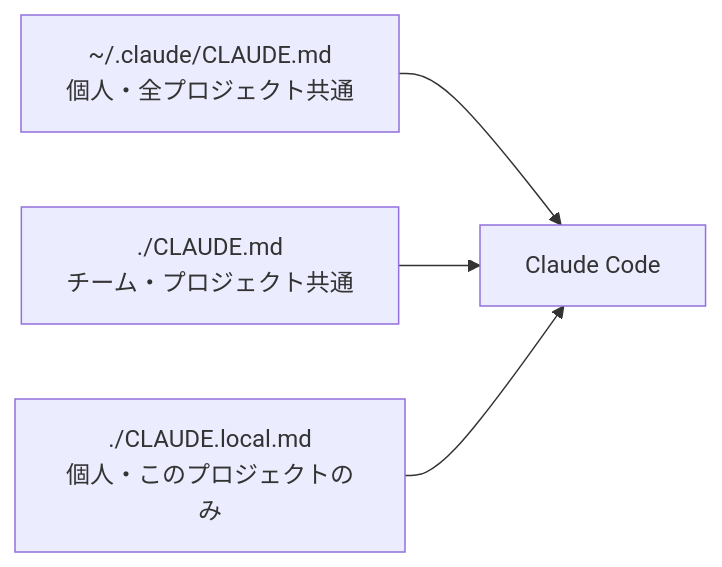
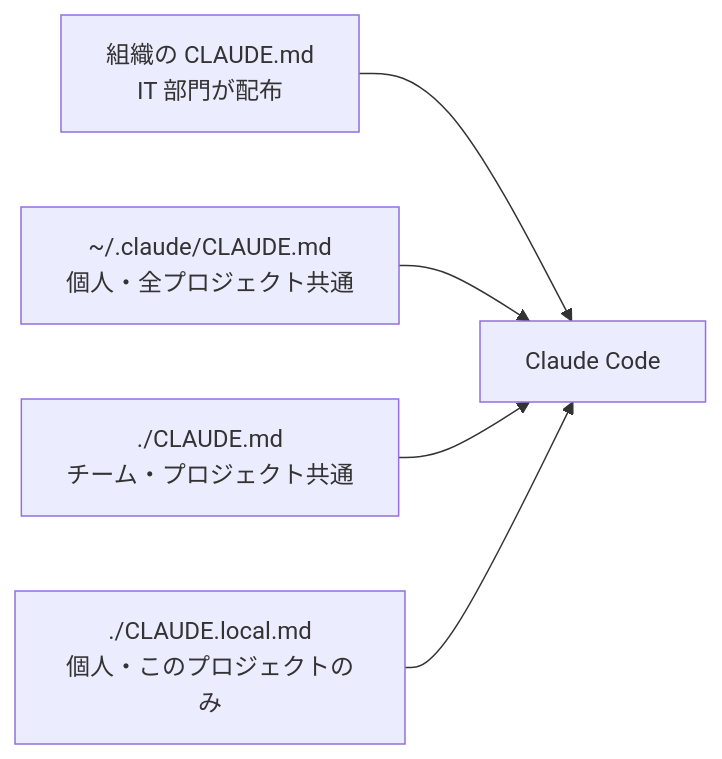
Before and after one commit to shoma-endo/claude-code-enterprise-docs: the fourth of 6 diagrams in docs/training/claude-code-corporate/claude-code-corporate-training.md, drawn with Mermaid. The commit also changed other lines of this file, not shown here.

First line of the commit message:
docs: 研修資料を Claude Code v2.1.310（2026年10月）の公式ドキュメントに合わせて更新

````diff
--- a/docs/training/claude-code-corporate/claude-code-corporate-training.md
+++ b/docs/training/claude-code-corporate/claude-code-corporate-training.md
@@ -553,6 +655,7 @@
 ```mermaid
 flowchart LR
-  A["~/.claude/CLAUDE.md<br/>個人・全プロジェクト共通"] --> D[Claude Code]
+  O["組織の CLAUDE.md<br/>IT 部門が配布"] --> D[Claude Code]
+  A["~/.claude/CLAUDE.md<br/>個人・全プロジェクト共通"] --> D
   B["./CLAUDE.md<br/>チーム・プロジェクト共通"] --> D
   C["./CLAUDE.local.md<br/>個人・このプロジェクトのみ"] --> D
 ```
````
